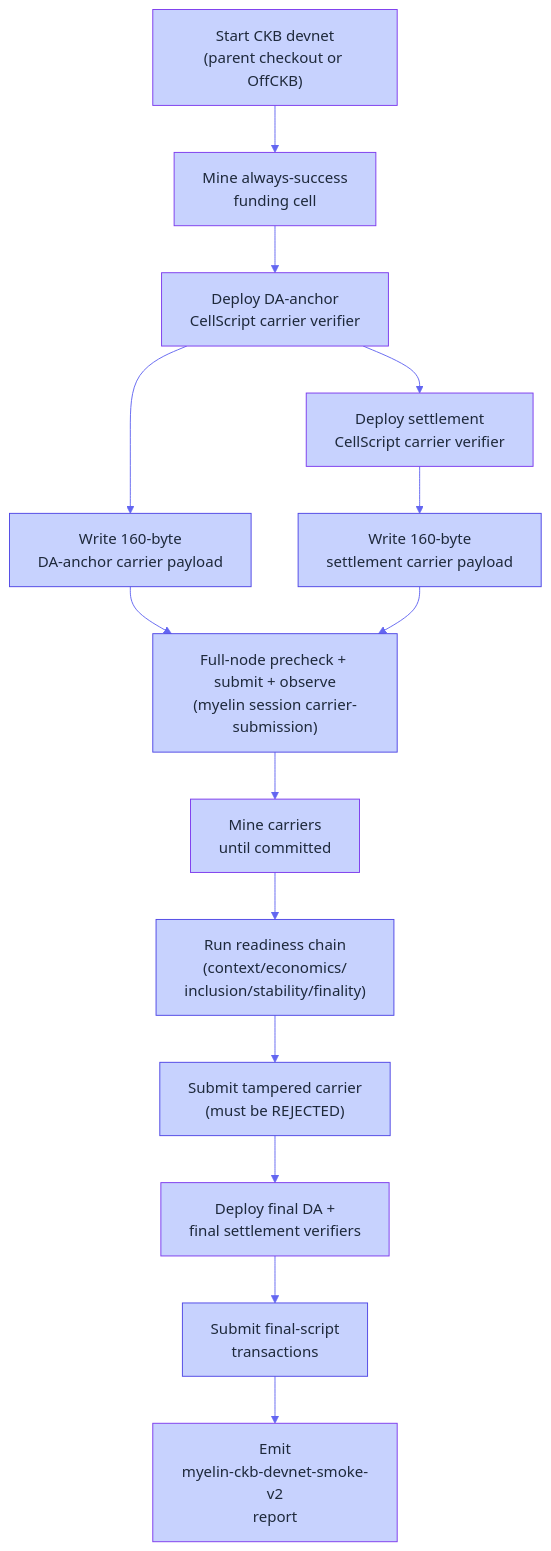
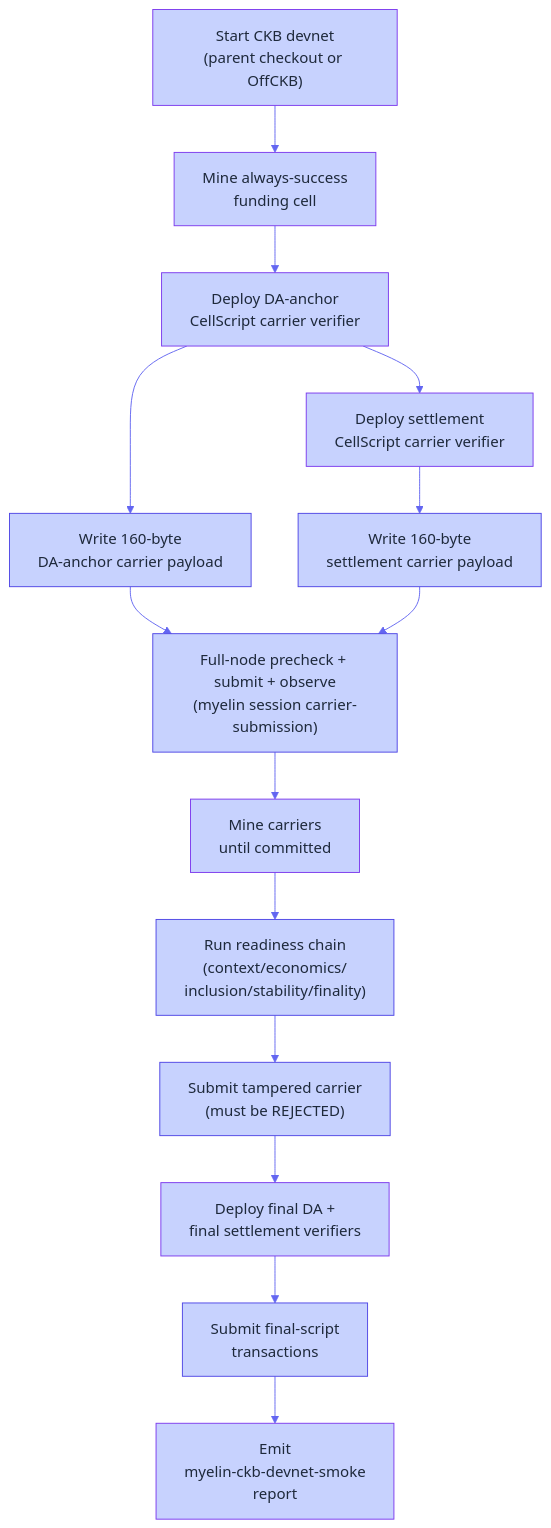
Before and after one commit to Myelin-Labs/Myelin: the first of 2 diagrams in docs/operations/devnet-smoke.md, drawn with Mermaid. The commit also changed other lines of this file and 75 other files, not shown here.

````diff
--- a/docs/operations/devnet-smoke.md
+++ b/docs/operations/devnet-smoke.md
@@ -24,40 +24,40 @@
 ```mermaid
 %%{init: {
   "theme": "base",
   "themeVariables": {
     "primaryColor": "#A5B4FC",
     "primaryTextColor": "#1E293B",
     "primaryBorderColor": "#4F46E5",
     "lineColor": "#6366F1",
     "secondaryColor": "#C7D2FE",
     "tertiaryColor": "#C7D2FE"
   }
 }}%%
 flowchart TB
     A["Start CKB devnet<br/>(parent checkout or OffCKB)"]:::dev
     B["Mine always-success<br/>funding cell"]:::dev
     C["Deploy DA-anchor<br/>CellScript carrier verifier"]:::dev
     D["Deploy settlement<br/>CellScript carrier verifier"]:::dev
     E["Write 160-byte<br/>DA-anchor carrier payload"]:::sm
     F["Write 160-byte<br/>settlement carrier payload"]:::sm
     G["Full-node precheck + submit + observe<br/>(myelin session carrier-submission)"]:::sm
     H["Mine carriers<br/>until committed"]:::dev
     I["Run readiness chain<br/>(context/economics/<br/>inclusion/stability/finality)"]:::sm
     J["Submit tampered carrier<br/>(must be REJECTED)"]:::sm
     K["Deploy final DA +<br/>final settlement verifiers"]:::dev
     L["Submit final-script<br/>transactions"]:::sm
-    M["Emit<br/>myelin-ckb-devnet-smoke-v2<br/>report"]:::out
+    M["Emit<br/>myelin-ckb-devnet-smoke<br/>report"]:::out
 
     A --> B --> C --> D
     C --> E
     D --> F
     E --> G
     F --> G
     G --> H --> I
     I --> J
     J --> K --> L --> M
 
     classDef dev fill:#C7D2FE,stroke:#7C3AED,color:#1E293B;
     classDef sm  fill:#C7D2FE,stroke:#4F46E5,color:#1E293B;
     classDef out fill:#C7D2FE,stroke:#7C3AED,color:#1E293B;
 ```
````
